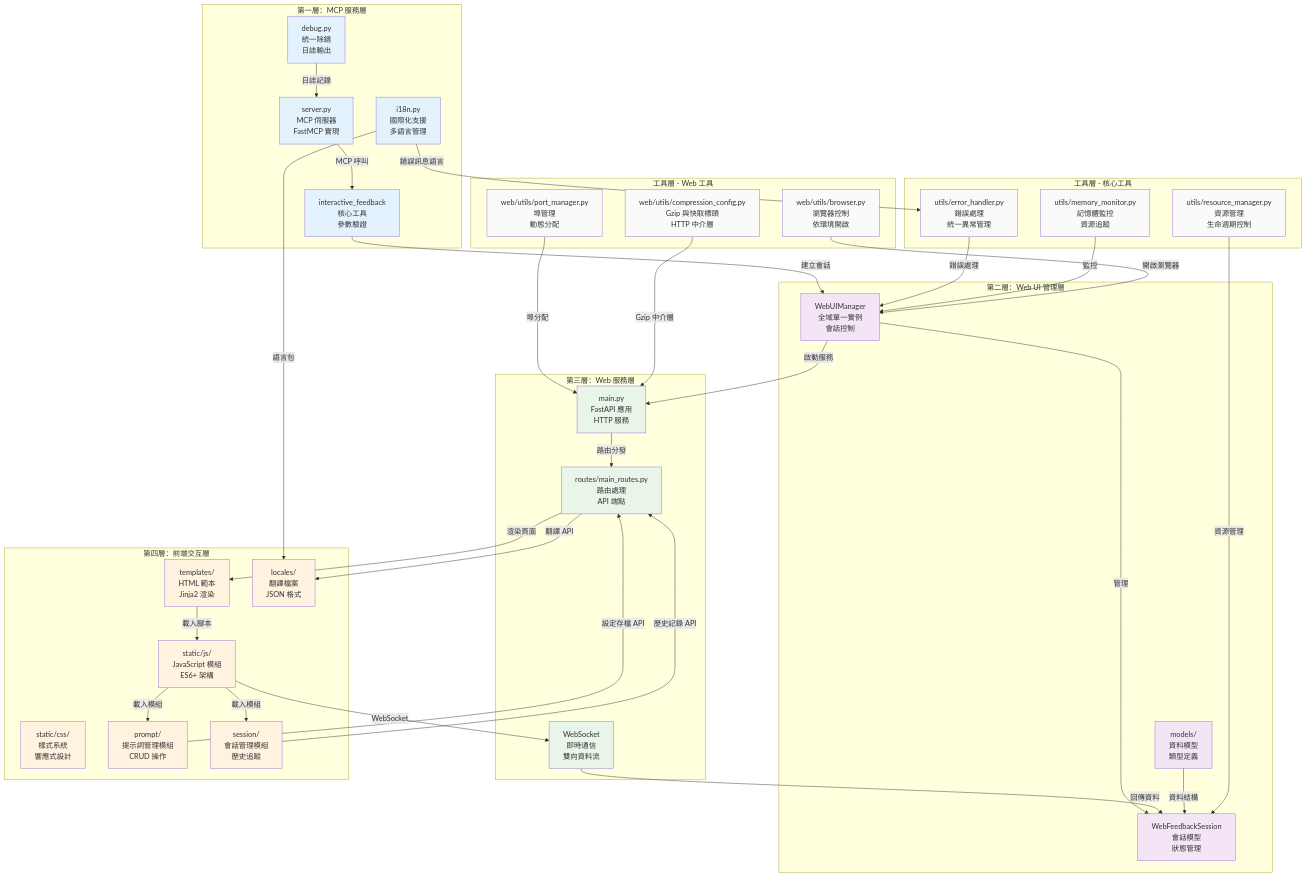
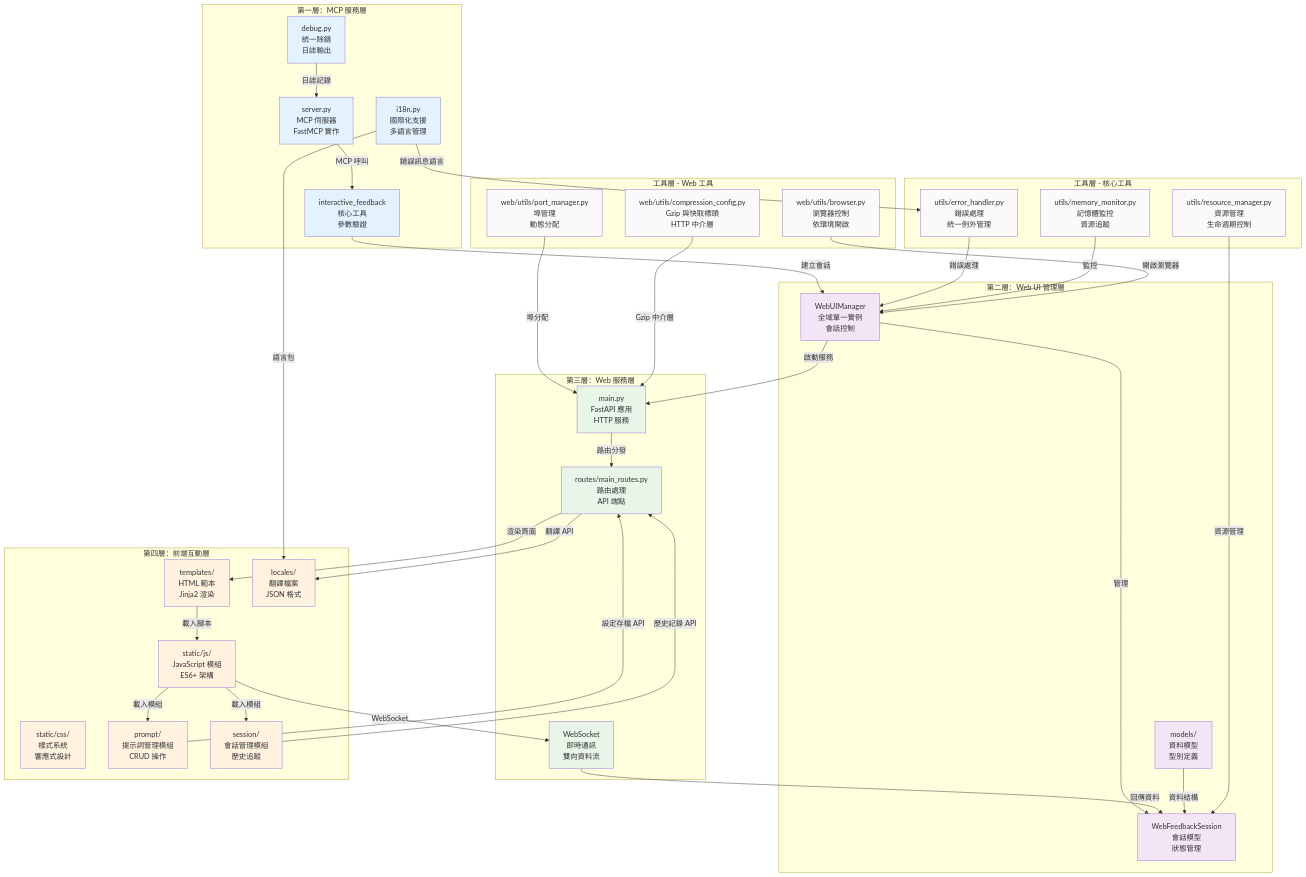
Before and after one commit to CloudEngineHub/mcp-feedback-enhanced: the first of 12 diagrams in docs/architecture/component-details.md, drawn with Mermaid. The commit also changed other lines of this file, not shown here.

````diff
--- a/docs/architecture/component-details.md
+++ b/docs/architecture/component-details.md
@@ -17,7 +17,7 @@
 ```mermaid
 graph TB
     subgraph "第一層：MCP 服務層"
-        SERVER[server.py<br/>MCP 伺服器<br/>FastMCP 實現]
+        SERVER[server.py<br/>MCP 伺服器<br/>FastMCP 實作]
         TOOL[interactive_feedback<br/>核心工具<br/>參數驗證]
         I18N[i18n.py<br/>國際化支援<br/>多語言管理]
         DEBUG[debug.py<br/>統一除錯<br/>日誌輸出]
@@ -26,16 +26,16 @@
     subgraph "第二層：Web UI 管理層"
         MANAGER[WebUIManager<br/>全域單一實例<br/>會話控制]
         SESSION[WebFeedbackSession<br/>會話模型<br/>狀態管理]
-        MODELS[models/<br/>資料模型<br/>類型定義]
+        MODELS[models/<br/>資料模型<br/>型別定義]
     end
 
     subgraph "第三層：Web 服務層"
         MAIN[main.py<br/>FastAPI 應用<br/>HTTP 服務]
         ROUTES[routes/main_routes.py<br/>路由處理<br/>API 端點]
-        WS[WebSocket<br/>即時通信<br/>雙向資料流]
+        WS[WebSocket<br/>即時通訊<br/>雙向資料流]
     end
 
-    subgraph "第四層：前端交互層"
+    subgraph "第四層：前端互動層"
         HTML[templates/<br/>HTML 範本<br/>Jinja2 渲染]
         JS[static/js/<br/>JavaScript 模組<br/>ES6+ 架構]
         CSS[static/css/<br/>樣式系統<br/>響應式設計]
@@ -45,7 +45,7 @@
     end
 
     subgraph "工具層 - 核心工具"
-        ERROR[utils/error_handler.py<br/>錯誤處理<br/>統一異常管理]
+        ERROR[utils/error_handler.py<br/>錯誤處理<br/>統一例外管理]
         MEMORY[utils/memory_monitor.py<br/>記憶體監控<br/>資源追蹤]
         RESOURCE[utils/resource_manager.py<br/>資源管理<br/>生命週期控制]
     end
````
